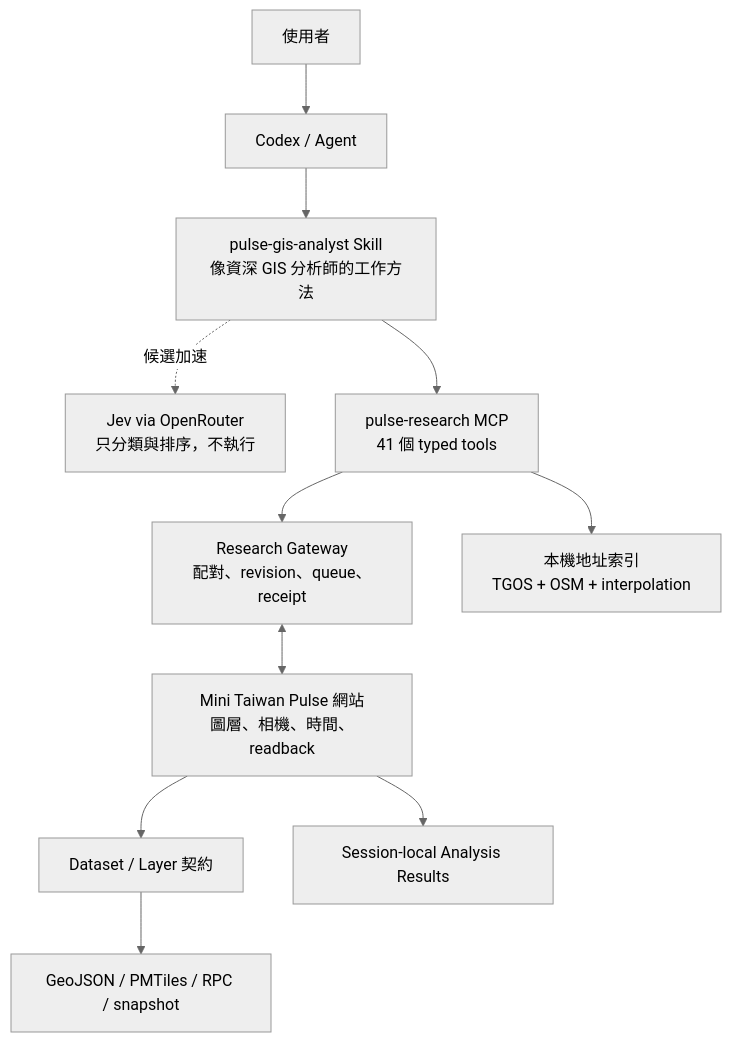
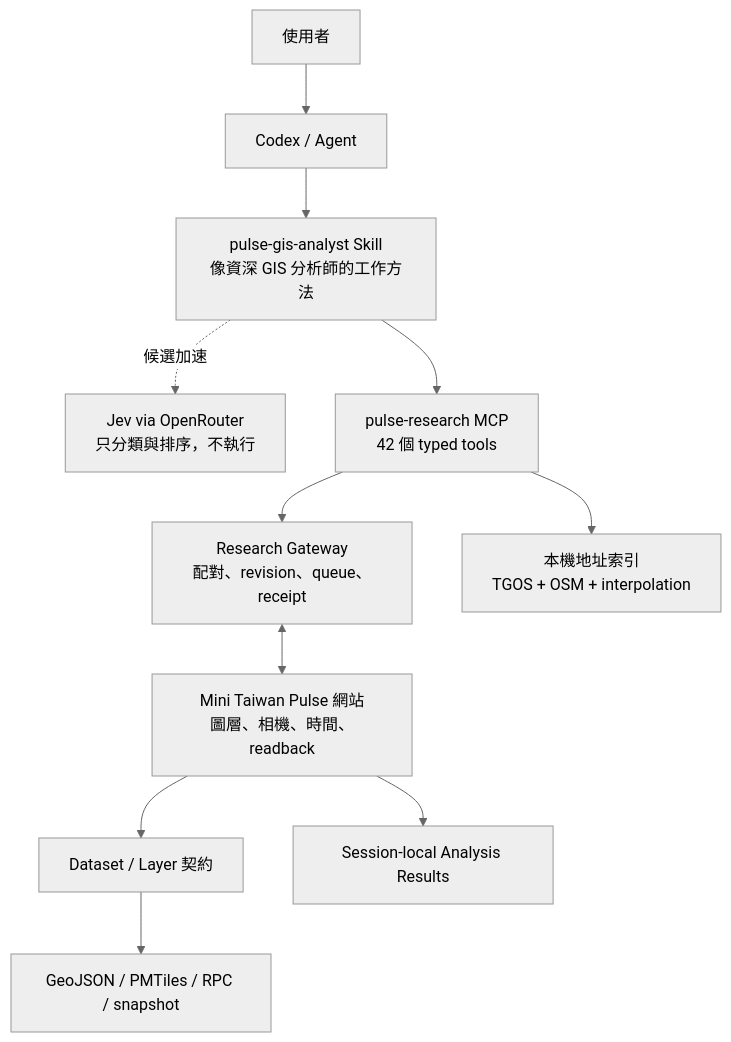
One commit to ianlkl11234s/mini-taiwan-pulse changed the second of 14 diagrams in docs/features/agent-research-workbench/pulse-research-system-guide-20260921.md. Above: the diagram before and after it, drawn with Mermaid (neutral theme). The commit also changed other lines of this file and 17 other files, not shown here.

````diff
--- a/docs/features/agent-research-workbench/pulse-research-system-guide-20260921.md
+++ b/docs/features/agent-research-workbench/pulse-research-system-guide-20260921.md
@@ -31,13 +31,13 @@
 ```mermaid
 flowchart TB
     U[使用者] --> C[Codex / Agent]
     C --> K[pulse-gis-analyst Skill<br/>像資深 GIS 分析師的工作方法]
     K -.候選加速.-> J[Jev via OpenRouter<br/>只分類與排序，不執行]
-    K --> MCP[pulse-research MCP<br/>41 個 typed tools]
+    K --> MCP[pulse-research MCP<br/>42 個 typed tools]
     MCP --> G[Research Gateway<br/>配對、revision、queue、receipt]
     G <--> W[Mini Taiwan Pulse 網站<br/>圖層、相機、時間、readback]
     MCP --> L[本機地址索引<br/>TGOS + OSM + interpolation]
     W --> CT[Dataset / Layer 契約]
     CT --> SRC[GeoJSON / PMTiles / RPC / snapshot]
     W --> AS[Session-local Analysis Results]
 ```
````
